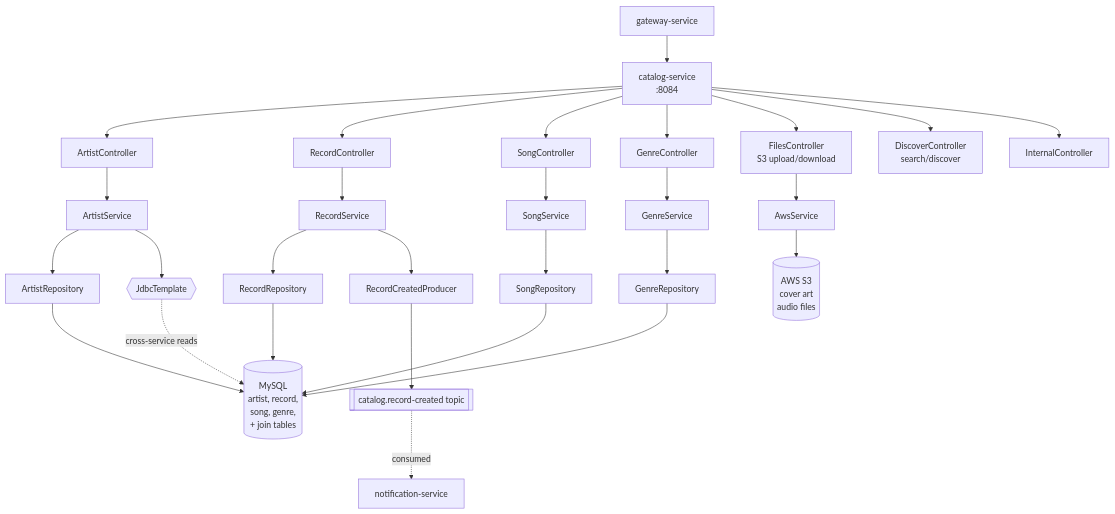
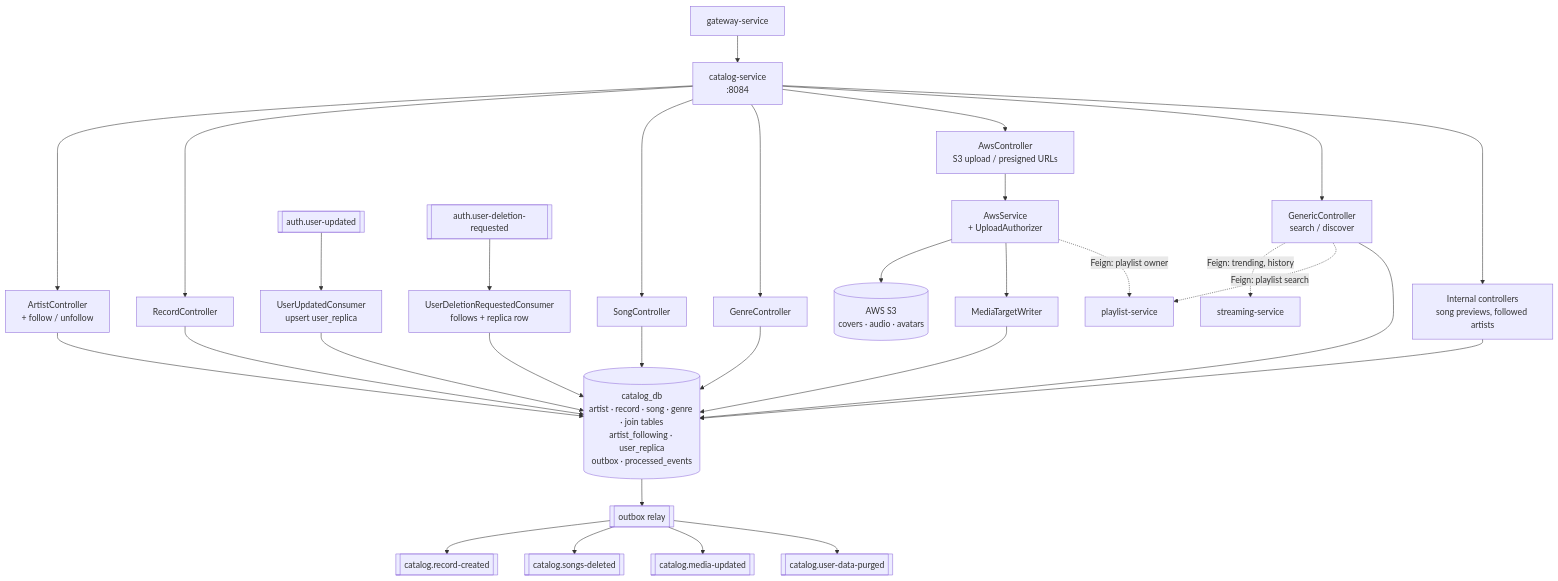
One commit to harshithrao07/cadence changed the first of 3 diagrams in catalog-service/README.md. Above: the diagram before and after it, drawn with Mermaid. The commit also changed other lines of this file and 5 other files, not shown here.

First line of the commit message:
docs: document database-per-service architecture and sagas

````diff
--- a/catalog-service/README.md
+++ b/catalog-service/README.md
@@ -16,36 +16,29 @@
 ```mermaid
 flowchart TB
     gw[gateway-service] --> catalog[catalog-service<br/>:8084]
 
-    catalog --> ac[ArtistController]
+    catalog --> ac[ArtistController<br/>+ follow / unfollow]
     catalog --> rc[RecordController]
     catalog --> sc[SongController]
     catalog --> gc[GenreController]
-    catalog --> fc[FilesController<br/>S3 upload/download]
-    catalog --> dc[DiscoverController<br/>search/discover]
-    catalog --> ic[InternalController]
+    catalog --> fc[AwsController<br/>S3 upload / presigned URLs]
+    catalog --> dc[GenericController<br/>search / discover]
+    catalog --> ic[Internal controllers<br/>song previews, followed artists]
 
-    ac --> as[ArtistService]
-    rc --> rs[RecordService]
-    sc --> ss[SongService]
-    gc --> gs[GenreService]
-    fc --> aws[AwsService]
+    fc --> aws[AwsService<br/>+ UploadAuthorizer] --> s3[(AWS S3<br/>covers · audio · avatars)]
+    aws --> mtw[MediaTargetWriter]
+    aws -.->|Feign: playlist owner| playlistsvc[playlist-service]
+    dc -.->|Feign: trending, history| streaming[streaming-service]
+    dc -.->|Feign: playlist search| playlistsvc
 
-    as --> ar[ArtistRepository]
-    as --> jdbc{{JdbcTemplate}}
-    rs --> rr[RecordRepository]
-    rs --> rcp[RecordCreatedProducer]
-    ss --> sr[SongRepository]
-    gs --> gr[GenreRepository]
+    ac & rc & sc & gc & dc & ic & mtw --> db[(catalog_db<br/>artist · record · song · genre · join tables<br/>artist_following · user_replica<br/>outbox · processed_events)]
 
-    ar --> mysql[(MySQL<br/>artist, record,<br/>song, genre,<br/>+ join tables)]
-    rr --> mysql
-    sr --> mysql
-    gr --> mysql
-    jdbc -.cross-service reads.-> mysql
+    db --> relay[[outbox relay]]
+    relay --> out1[[catalog.record-created]]
+    relay --> out2[[catalog.songs-deleted]]
+    relay --> out3[[catalog.media-updated]]
+    relay --> out4[[catalog.user-data-purged]]
 
-    aws --> s3[(AWS S3<br/>cover art<br/>audio files)]
-
-    rcp --> kafka[[catalog.record-created topic]]
-    kafka -.consumed.-> notif[notification-service]
+    in1[[auth.user-updated]] --> rep[UserUpdatedConsumer<br/>upsert user_replica] --> db
+    in2[[auth.user-deletion-requested]] --> purge[UserDeletionRequestedConsumer<br/>follows + replica row] --> db
 ```
````
